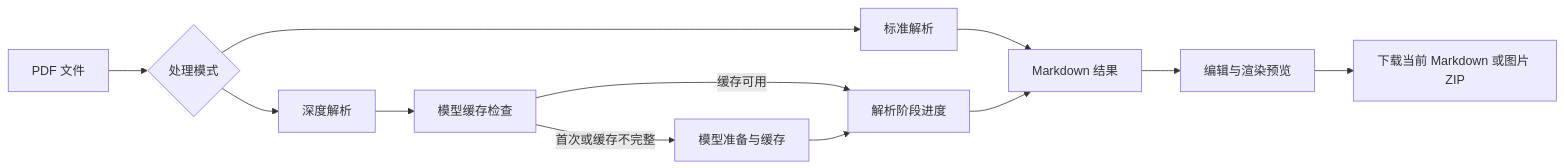
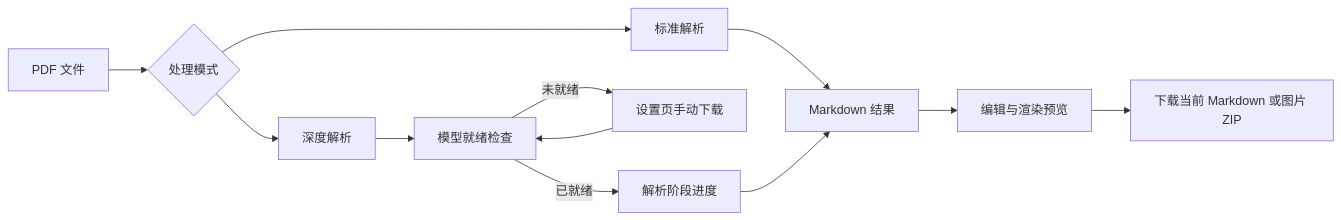
One commit to ddll8023/tools changed the third of 10 diagrams in doc/模块说明文档.md. Above: the diagram before and after it, drawn with Mermaid. The commit also changed other lines of this file and 21 other files, not shown here.

````diff
--- a/doc/模块说明文档.md
+++ b/doc/模块说明文档.md
@@ -400,14 +410,14 @@
 ```mermaid
 flowchart LR
     PDFFile[PDF 文件] --> Mode{处理模式}
     Mode --> Standard[标准解析]
     Mode --> Deep[深度解析]
-    Deep --> Prepare[模型缓存检查]
-    Prepare -->|首次或缓存不完整| ModelDownload[模型准备与缓存]
-    Prepare -->|缓存可用| Progress[解析阶段进度]
-    ModelDownload --> Progress
+    Deep --> Prepare[模型就绪检查]
+    Prepare -->|未就绪| Settings[设置页手动下载]
+    Prepare -->|已就绪| Progress[解析阶段进度]
+    Settings --> Prepare
     Standard --> Markdown[Markdown 结果]
     Progress --> Markdown
     Markdown --> Edit[编辑与渲染预览]
     Edit --> Download[下载当前 Markdown 或图片 ZIP]
 ```
````
